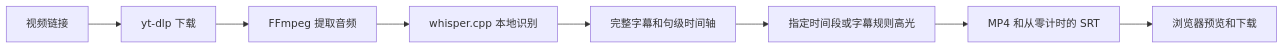
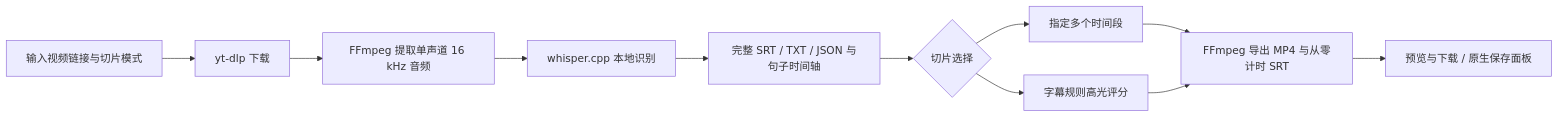
One commit to Nyaruverse/nyaru-clipper changed the diagram in docs/project-handoff.zh-CN.md. Above: the diagram before and after it, drawn with Mermaid. The commit also changed other lines of this file and 17 other files, not shown here.

````diff
--- a/docs/project-handoff.zh-CN.md
+++ b/docs/project-handoff.zh-CN.md
@@ -27,10 +53,13 @@
 ```mermaid
 flowchart LR
-    U[视频链接] --> D[yt-dlp 下载]
-    D --> A[FFmpeg 提取音频]
+    U[输入视频链接与切片模式] --> D[yt-dlp 下载]
+    D --> A[FFmpeg 提取单声道 16 kHz 音频]
     A --> W[whisper.cpp 本地识别]
-    W --> T[完整字幕和句级时间轴]
-    T --> R[指定时间段或字幕规则高光]
-    R --> E[MP4 和从零计时的 SRT]
-    E --> P[浏览器预览和下载]
+    W --> T[完整 SRT / TXT / JSON 与句子时间轴]
+    T --> S{切片选择}
+    S --> R[指定多个时间段]
+    S --> H[字幕规则高光评分]
+    R --> E[FFmpeg 导出 MP4 与从零计时 SRT]
+    H --> E
+    E --> P[预览与下载 / 原生保存面板]
 ```
````
